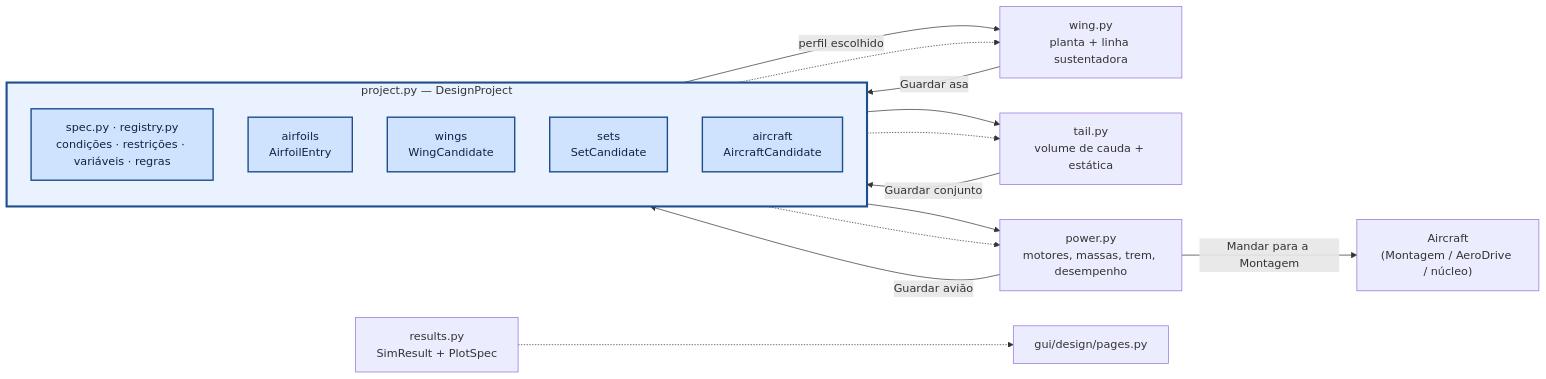
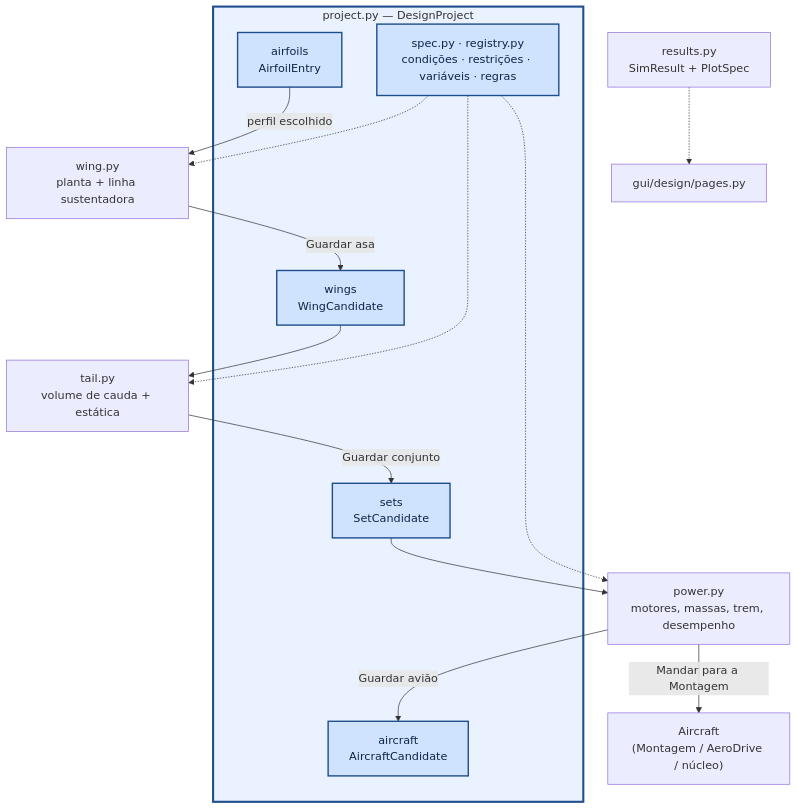
The first of 2 diagrams in aerosim/design/README.md (vitordallolivo/AircraftSimulation), drawn with Mermaid before and after one commit. The commit also changed 5 other files, not shown here.

````diff
--- a/aerosim/design/README.md
+++ b/aerosim/design/README.md
@@ -31,23 +31,22 @@
 ```mermaid
-flowchart LR
+flowchart TB
     subgraph P["project.py — DesignProject"]
-        direction TB
         RQ["spec.py · registry.py<br/>condições · restrições · variáveis · regras"]
         AF["airfoils<br/>AirfoilEntry"]
         WC["wings<br/>WingCandidate"]
         SC["sets<br/>SetCandidate"]
         AC["aircraft<br/>AircraftCandidate"]
     end
     AF -->|"perfil escolhido"| W["wing.py<br/>planta + linha sustentadora"]
     W -->|"Guardar asa"| WC
     WC --> T["tail.py<br/>volume de cauda + estática"]
     T -->|"Guardar conjunto"| SC
     SC --> PW["power.py<br/>motores, massas, trem, desempenho"]
     PW -->|"Guardar avião"| AC
     PW -->|"Mandar para a Montagem"| M["Aircraft<br/>(Montagem / AeroDrive / núcleo)"]
     RQ -.-> W & T & PW
     R["results.py<br/>SimResult + PlotSpec"] -.-> GUI["gui/design/pages.py"]
     classDef iface fill:#cfe3ff,stroke:#1f4e8c,stroke-width:2px,color:#0b2545
     class RQ,AF,WC,SC,AC iface
     style P fill:#eaf2ff,stroke:#1f4e8c,stroke-width:3px
 ```
````
